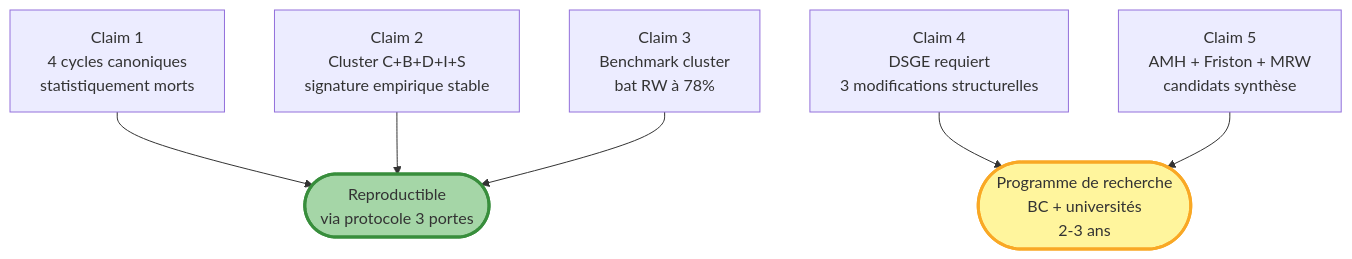
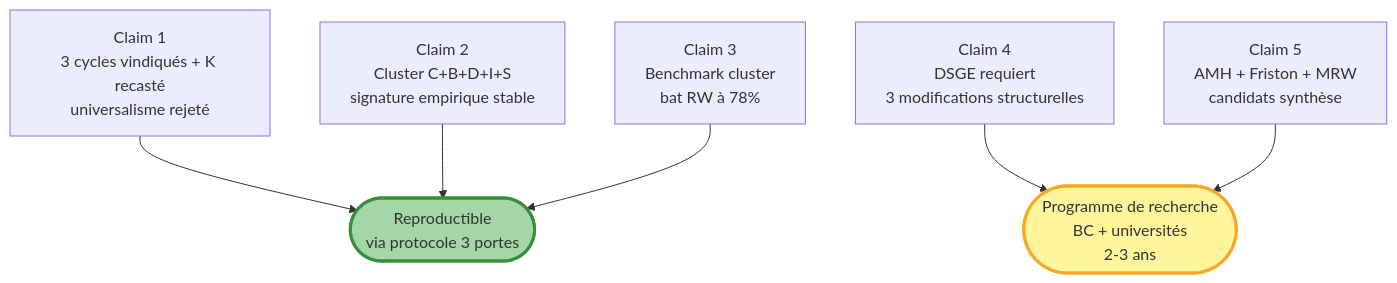
Before and after one commit to s-geffroy/EcoWave: the first of 3 diagrams in docs/tracks/acad/index.md, drawn with Mermaid. The commit also changed other lines of this file and 46 other files, not shown here.

````diff
--- a/docs/tracks/acad/index.md
+++ b/docs/tracks/acad/index.md
@@ -18,17 +23,17 @@
 ```mermaid
 flowchart TD
-    C1[Claim 1<br/>4 cycles canoniques<br/>statistiquement morts]
+    C1[Claim 1<br/>3 cycles vindiqués + K recasté<br/>universalisme rejeté]
     C2[Claim 2<br/>Cluster C+B+D+I+S<br/>signature empirique stable]
     C3[Claim 3<br/>Benchmark cluster<br/>bat RW à 78%]
     C4[Claim 4<br/>DSGE requiert<br/>3 modifications structurelles]
     C5[Claim 5<br/>AMH + Friston + MRW<br/>candidats synthèse]
 
     C1 --> Verdict([Reproductible<br/>via protocole 3 portes])
     C2 --> Verdict
     C3 --> Verdict
     C4 --> Programme([Programme de recherche<br/>BC + universités<br/>2-3 ans])
     C5 --> Programme
 
     style Verdict fill:#a5d6a7,stroke:#388e3c,stroke-width:3px
     style Programme fill:#fff59d,stroke:#f9a825,stroke-width:3px
 ```
````
